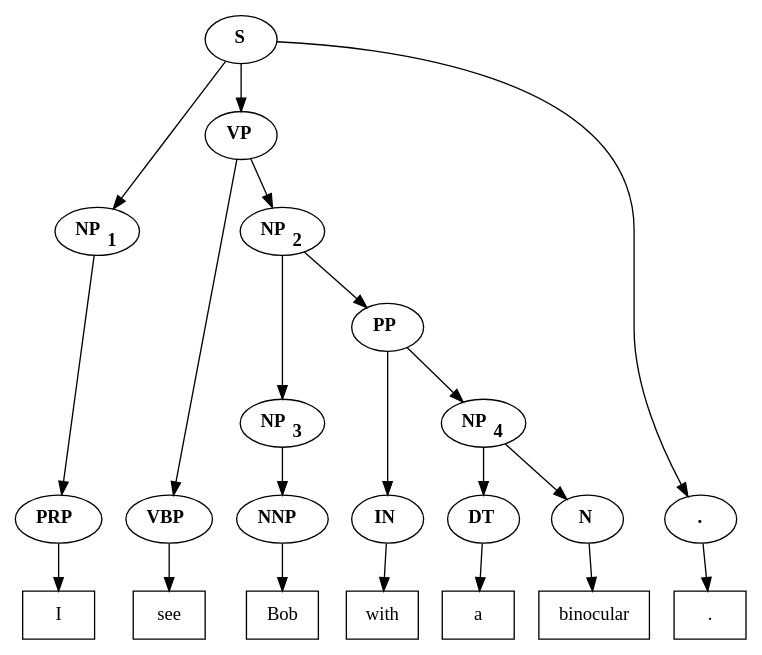
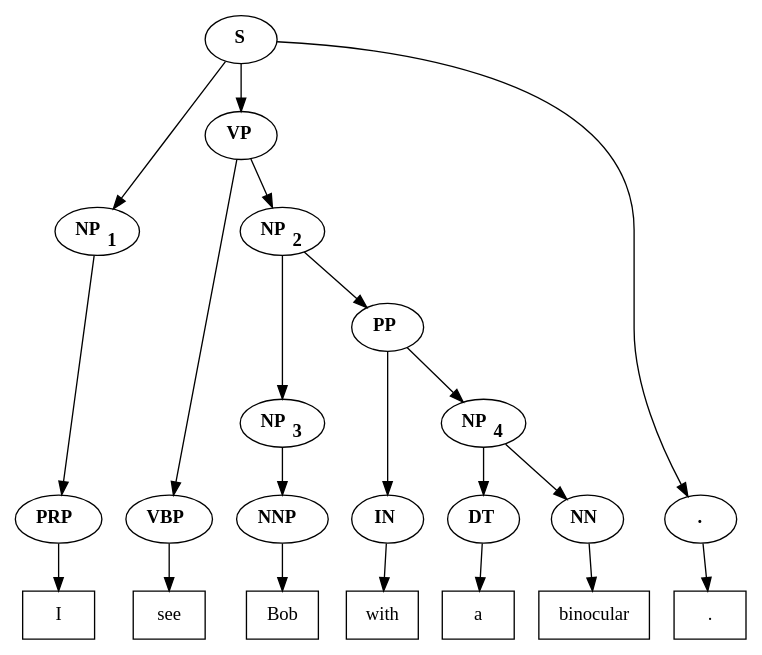
Before and after one commit to Mome/treepattern: the diagram in paper/images/step_example_parsetree.dot, drawn with Graphviz. The commit also changed 8 other files, not shown here.

```diff
--- a/paper/images/step_example_parsetree.dot
+++ b/paper/images/step_example_parsetree.dot
@@ -1,45 +1,45 @@
 digraph PropTree{
 N3010954252 [label=<<B>S</B>>]
 N3010956012 [label=<<B>NP<SUB>1</SUB></B>>]
 N3010956140 [label=<<B>PRP</B>>]
 T0 [shape=box, label=I]
 N3010956108 [label=<<B>VP</B>>]
 N3010956332 [label=<<B>VBP</B>>]
 T1 [shape=box, label=see]
 N3010956428 [label=<<B>NP<SUB>2</SUB></B>>]
 N3010956556 [label=<<B>NP<SUB>3</SUB></B>>]
 N3010956684 [label=<<B>NNP</B>>]
 T2 [shape=box, label=Bob]
 N3010956652 [label=<<B>PP</B>>]
 N3010956876 [label=<<B>IN</B>>]
 T3 [shape=box, label=with]
 N3010956972 [label=<<B>NP<SUB>4</SUB></B>>]
 N3010957100 [label=<<B>DT</B>>]
 T4 [shape=box, label=a]
-N3010957196 [label=<<B>N</B>>]
+N3010957196 [label=<<B>NN</B>>]
 T5 [shape=box, label=binocular]
 N3010956300 [label=<<B>.</B>>]
 T6 [shape=box, label="."]
 N3010954252 -> N3010956012
 N3010956012 -> N3010956140
 N3010956140 -> T0
 N3010954252 -> N3010956108
 N3010956108 -> N3010956332
 N3010956332 -> T1
 N3010956108 -> N3010956428
 N3010956428 -> N3010956556
 N3010956556 -> N3010956684
 N3010956684 -> T2
 N3010956428 -> N3010956652
 N3010956652 -> N3010956876
 N3010956876 -> T3
 N3010956652 -> N3010956972
 N3010956972 -> N3010957100
 N3010957100 -> T4
 N3010956972 -> N3010957196
 N3010957196 -> T5
 N3010954252 -> N3010956300
 N3010956300 -> T6
 { rank=same; N3010956140, N3010956332, N3010956684, N3010956876, N3010957100, N3010957196, N3010956300}
 { rank=same; T0, T1, T2, T3, T4, T5, T6}
 }
```
